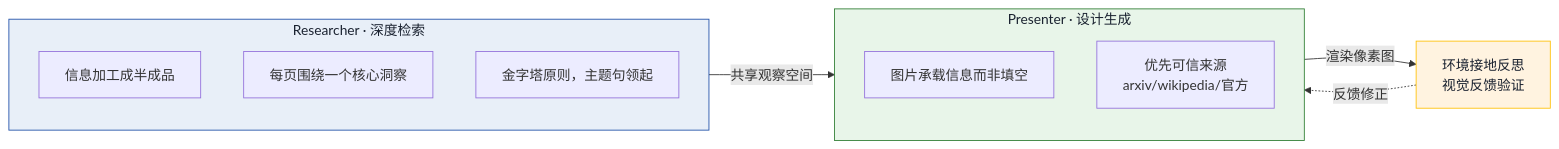
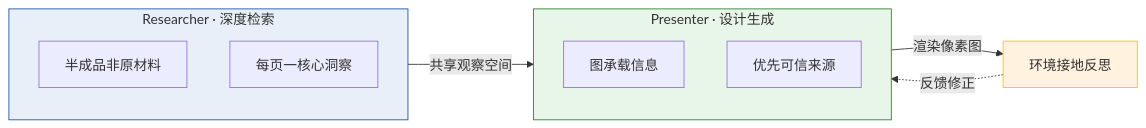
Before and after one commit to int2t05/internship: the eighth of 13 diagrams in manuscript.md, drawn with Mermaid. The commit also changed other lines of this file and 12 other files, not shown here.

````diff
--- a/manuscript.md
+++ b/manuscript.md
@@ -371,21 +340,20 @@
 ```mermaid
 flowchart LR
-    subgraph Researcher["Researcher · 深度检索"]
-        R1["信息加工成半成品"]
-        R2["每页围绕一个核心洞察"]
-        R3["金字塔原则，主题句领起"]
+    subgraph R["Researcher · 深度检索"]
+        R1["半成品非原材料"]
+        R2["每页一核心洞察"]
     end
-    subgraph Presenter["Presenter · 设计生成"]
-        P1["图片承载信息而非填空"]
-        P2["优先可信来源<br/>arxiv/wikipedia/官方"]
+    subgraph P["Presenter · 设计生成"]
+        P1["图承载信息"]
+        P2["优先可信来源"]
     end
-    Researcher -->|"共享观察空间"| Presenter
-    Presenter -->|"渲染像素图"| F["环境接地反思<br/>视觉反馈验证"]
-    F -.->|"反馈修正"| Presenter
-    classDef res fill:#E8EFF8,stroke:#1E4FA8,color:#1A2230
-    classDef pres fill:#E8F5E9,stroke:#2E7D32,color:#1A2230
-    classDef fb fill:#FFF3E0,stroke:#FFC107,color:#1A2230
-    class Researcher res
-    class Presenter pres
+    R -->|"共享观察空间"| P
+    P -->|"渲染像素图"| F["环境接地反思"]
+    F -.->|"反馈修正"| P
+    classDef res fill:#E8EFF8,stroke:#1E4FA8
+    classDef pres fill:#E8F5E9,stroke:#2E7D32
+    classDef fb fill:#FFF3E0,stroke:#FFC107
+    class R res
+    class P pres
     class F fb
 ```
````
